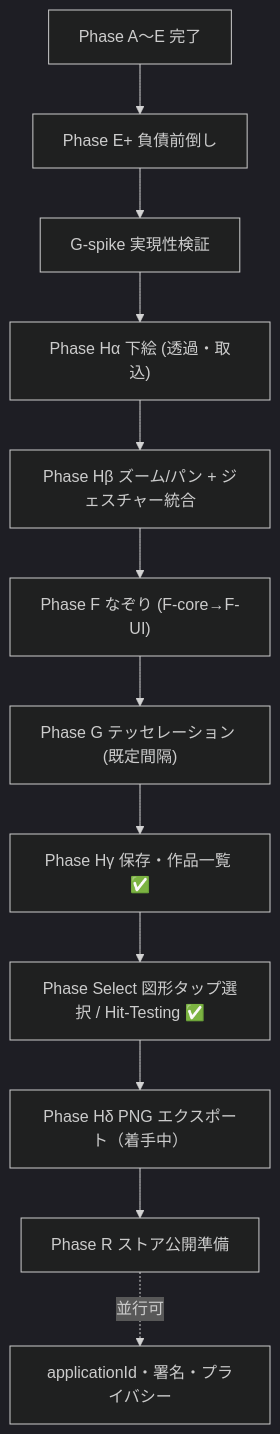
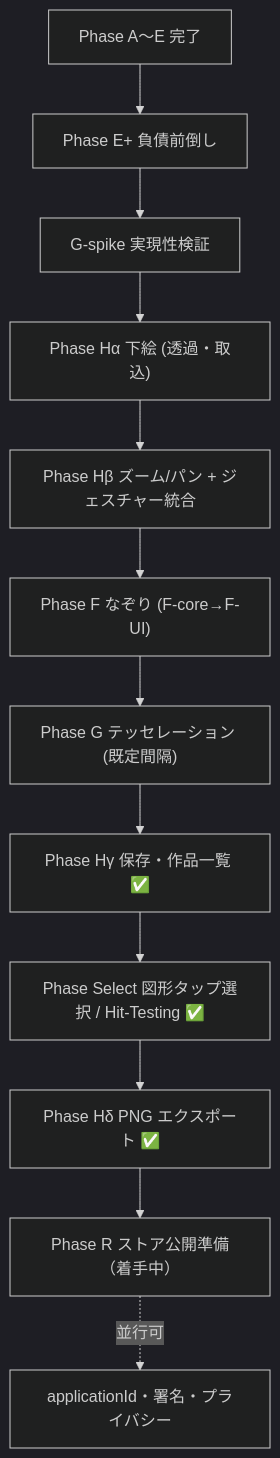
One commit to tukimibook/lowpoly_maker changed the second of 2 diagrams in .cursor/plans/ポリゴンアプリ再設計_e54196e6.plan.md. Above: the diagram before and after it, drawn with Mermaid (dark theme). The commit also changed other lines of this file and 4 other files, not shown here.

````diff
--- a/.cursor/plans/ポリゴンアプリ再設計_e54196e6.plan.md
+++ b/.cursor/plans/ポリゴンアプリ再設計_e54196e6.plan.md
@@ -115,14 +115,14 @@
 ```mermaid
 flowchart TD
   Done["Phase A〜E 完了"] --> Eplus["Phase E+ 負債前倒し"]
   Eplus --> Gspike["G-spike 実現性検証"]
   Gspike --> Ha["Phase Hα 下絵 (透過・取込)"]
   Ha --> Hb["Phase Hβ ズーム/パン + ジェスチャー統合"]
   Hb --> F["Phase F なぞり (F-core→F-UI)"]
   F --> G["Phase G テッセレーション (既定間隔)"]
   G --> Hg["Phase Hγ 保存・作品一覧 ✅"]
   Hg --> Select["Phase Select 図形タップ選択 / Hit-Testing ✅"]
-  Select --> Hd["Phase Hδ PNG エクスポート（着手中）"]
-  Hd --> R["Phase R ストア公開準備"]
+  Select --> Hd["Phase Hδ PNG エクスポート ✅"]
+  Hd --> R["Phase R ストア公開準備（着手中）"]
   R -.->|並行可| Rearly["applicationId・署名・プライバシー"]
 ```
````
